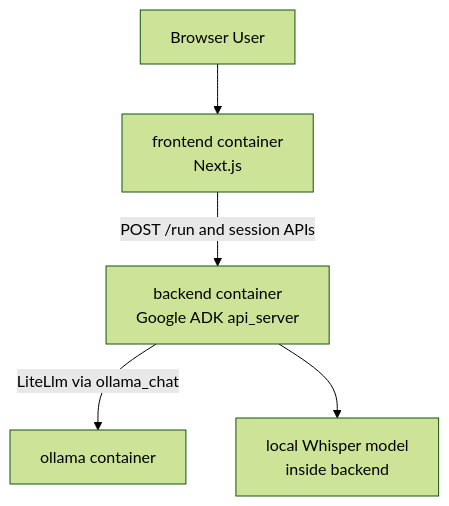
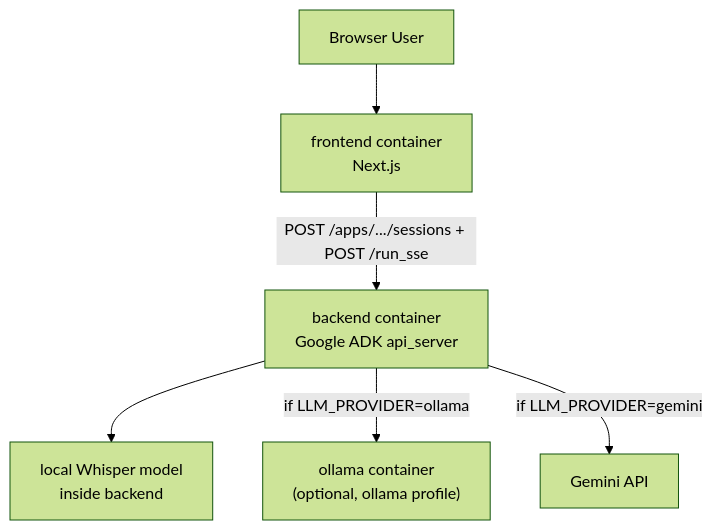
The diagram in README.md (rahulkvr/MediSprache), drawn with Mermaid (forest theme) before and after one commit. The commit also changed other lines of this file and 14 other files, not shown here.

First line of the commit message:
feat: add Gemini provider support with fixed-model contract and deterministic pipeline (#8)

````diff
--- a/README.md
+++ b/README.md
@@ -50,13 +57,15 @@
 ```mermaid
 flowchart TD
     user["Browser User"]
     frontend["frontend container\nNext.js"]
     backend["backend container\nGoogle ADK api_server"]
-    ollama["ollama container"]
+    ollama["ollama container\n(optional, ollama profile)"]
     whisper["local Whisper model\ninside backend"]
+    gemini["Gemini API"]
 
     user --> frontend
-    frontend -->|"POST /run and session APIs"| backend
-    backend -->|"LiteLlm via ollama_chat"| ollama
+    frontend -->|"POST /apps/.../sessions + POST /run_sse"| backend
     backend --> whisper
+    backend -->|"if LLM_PROVIDER=ollama"| ollama
+    backend -->|"if LLM_PROVIDER=gemini"| gemini
 ```
````
